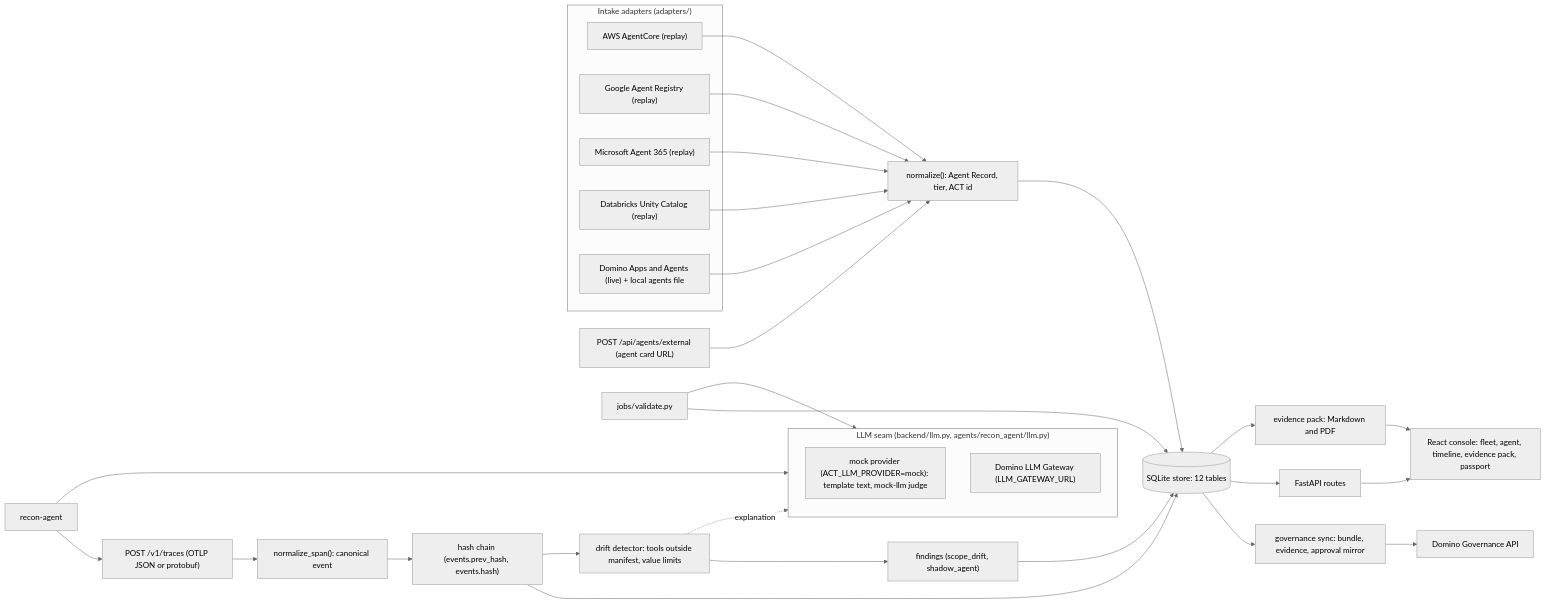
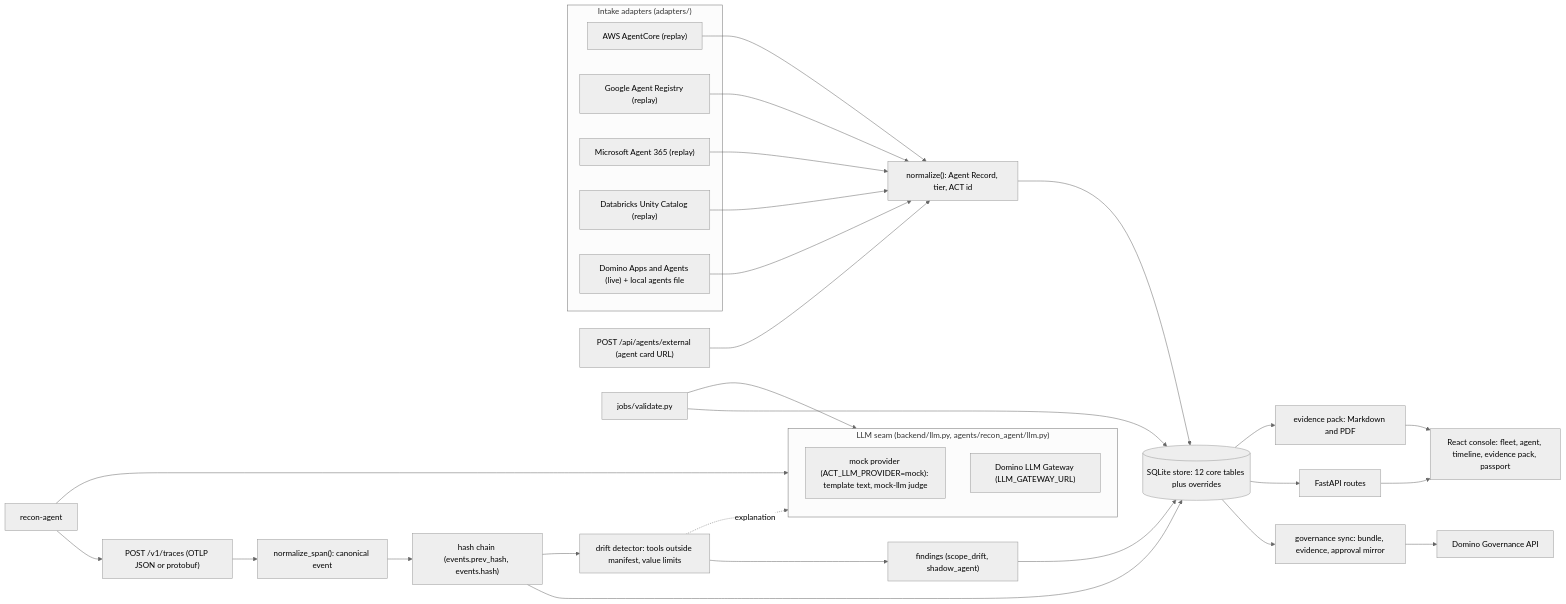
Before and after one commit to ddl-nick-goble/ai-control-tower: the first of 3 diagrams in docs/architecture.md, drawn with Mermaid (neutral theme). The commit also changed other lines of this file and 4 other files, not shown here.

````diff
--- a/docs/architecture.md
+++ b/docs/architecture.md
@@ -12,40 +12,40 @@
 ```mermaid
 flowchart LR
   subgraph intake["Intake adapters (adapters/)"]
     aws["AWS AgentCore (replay)"]
     goog["Google Agent Registry (replay)"]
     ms["Microsoft Agent 365 (replay)"]
     dbx["Databricks Unity Catalog (replay)"]
     dom["Domino Apps and Agents (live) + local agents file"]
   end
   aws --> norm
   goog --> norm
   ms --> norm
   dbx --> norm
   dom --> norm
-  norm["normalize(): Agent Record, tier, ACT id"] --> store[("SQLite store: 12 tables")]
+  norm["normalize(): Agent Record, tier, ACT id"] --> store[("SQLite store: 12 core tables plus overrides")]
   ext["POST /api/agents/external (agent card URL)"] --> norm
   store --> gov["governance sync: bundle, evidence, approval mirror"]
   gov --> dgov["Domino Governance API"]
   store --> api["FastAPI routes"]
   api --> console["React console: fleet, agent, timeline, evidence pack, passport"]
 
   traces["POST /v1/traces (OTLP JSON or protobuf)"] --> ns["normalize_span(): canonical event"]
   ns --> chain["hash chain (events.prev_hash, events.hash)"]
   chain --> store
   chain --> drift["drift detector: tools outside manifest, value limits"]
   drift --> findings["findings (scope_drift, shadow_agent)"]
   findings --> store
 
   subgraph llm["LLM seam (backend/llm.py, agents/recon_agent/llm.py)"]
     mock["mock provider (ACT_LLM_PROVIDER=mock): template text, mock-llm judge"]
     gw["Domino LLM Gateway (LLM_GATEWAY_URL)"]
   end
   drift -. explanation .-> llm
   recon["recon-agent"] --> llm
   recon --> traces
   validate["jobs/validate.py"] --> llm
   validate --> store
   store --> evid["evidence pack: Markdown and PDF"]
   evid --> console
 ```
````
